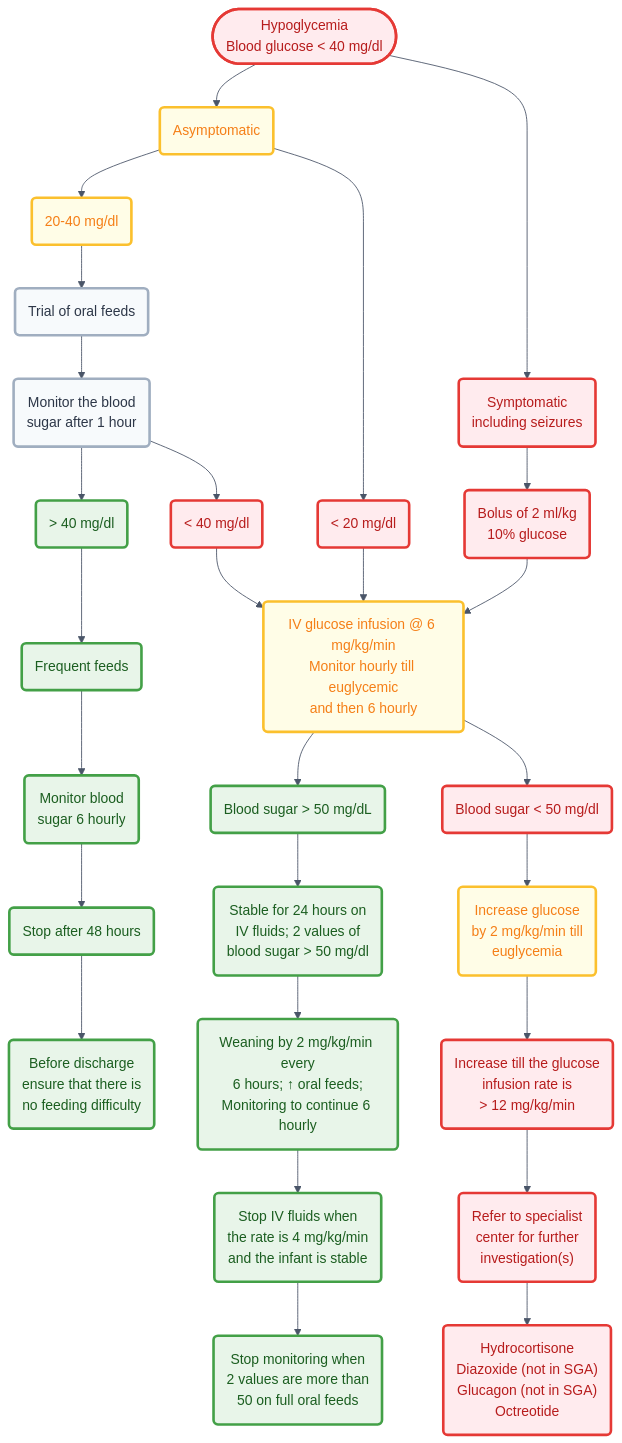
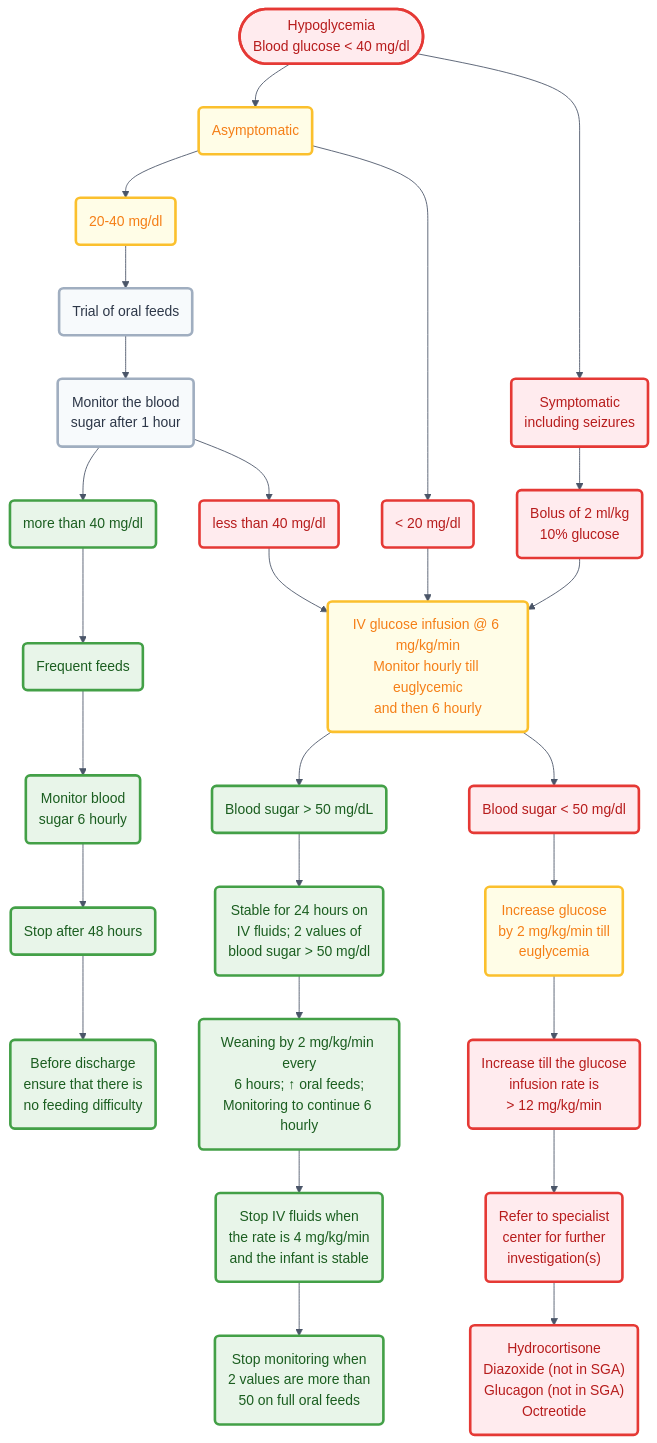
The diagram in src/site/notes/neonatalogy/Neonatal Hypoglycemia.md (rubanbalaji-g/dnb-theory), drawn with Mermaid before and after one commit. The commit also changed other lines of this file and 25 other files, not shown here.

```diff
--- a/src/site/notes/neonatalogy/Neonatal Hypoglycemia.md
+++ b/src/site/notes/neonatalogy/Neonatal Hypoglycemia.md
@@ -81,8 +79,8 @@
     G(Trial of oral feeds):::neutral
     H(Monitor the blood<br>sugar after 1 hour):::neutral
     
-    I(> 40 mg/dl):::stable
-    J(< 40 mg/dl):::critical
+    I(more than 40 mg/dl):::stable
+    J(less than 40 mg/dl):::critical
     
     K(IV glucose infusion @ 6 mg/kg/min<br>Monitor hourly till euglycemic<br>and then 6 hourly):::warning
     
```
